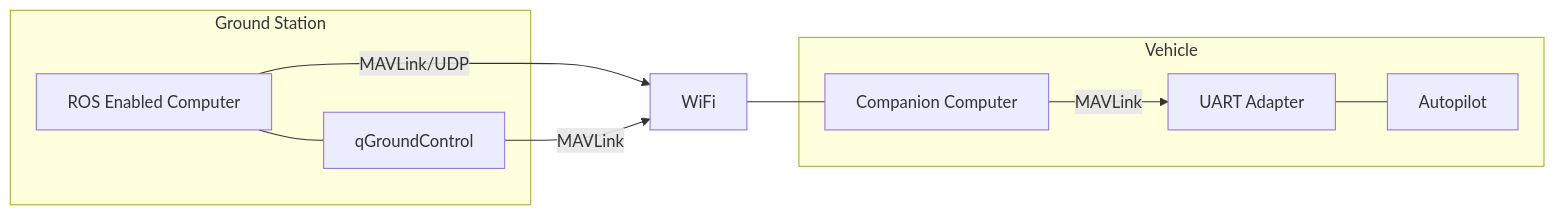
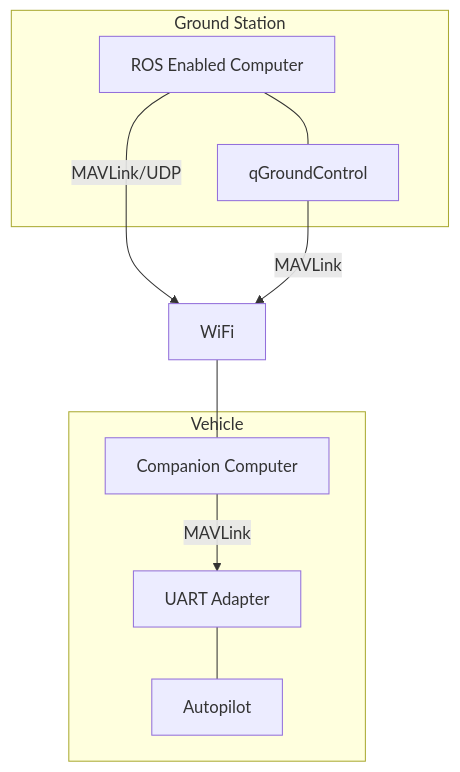
The third of 3 diagrams in book/offboard-control.md (zcdong/Devguide), drawn with Mermaid before and after one commit. The commit also changed other lines of this file and 3 other files, not shown here.

````diff
--- a/book/offboard-control.md
+++ b/book/offboard-control.md
@@ -64,13 +64,13 @@
 ```mermaid
- graph LR
+ graph TD
 	subgraph Ground  Station
 		gnd[ROS Enabled Computer] --- qgc[qGroundControl]
 	end
 	gnd --MAVLink/UDP--> w[WiFi];
 	qgc --MAVLink--> w;
 	subgraph Vehicle
 		comp[Companion Computer] --MAVLink--> uart[UART Adapter]
 	uart --- Autopilot
 	end
 	w --- comp
 ```
````
